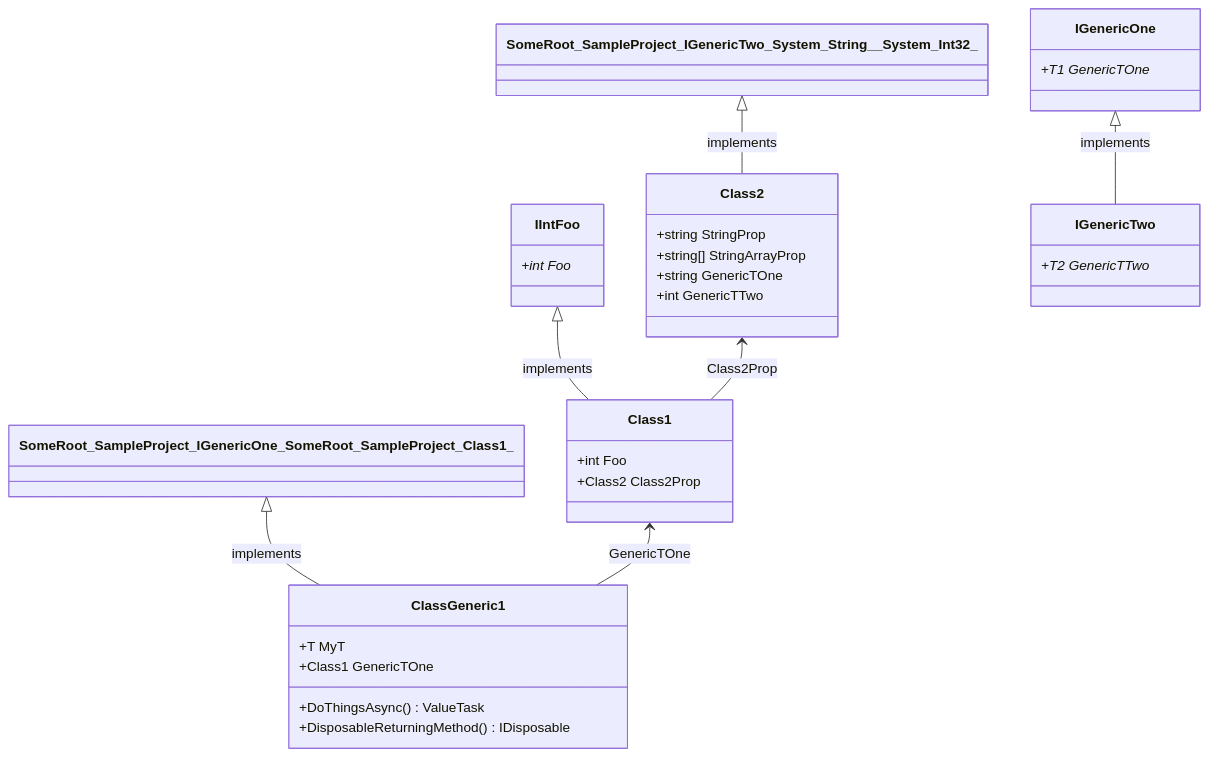
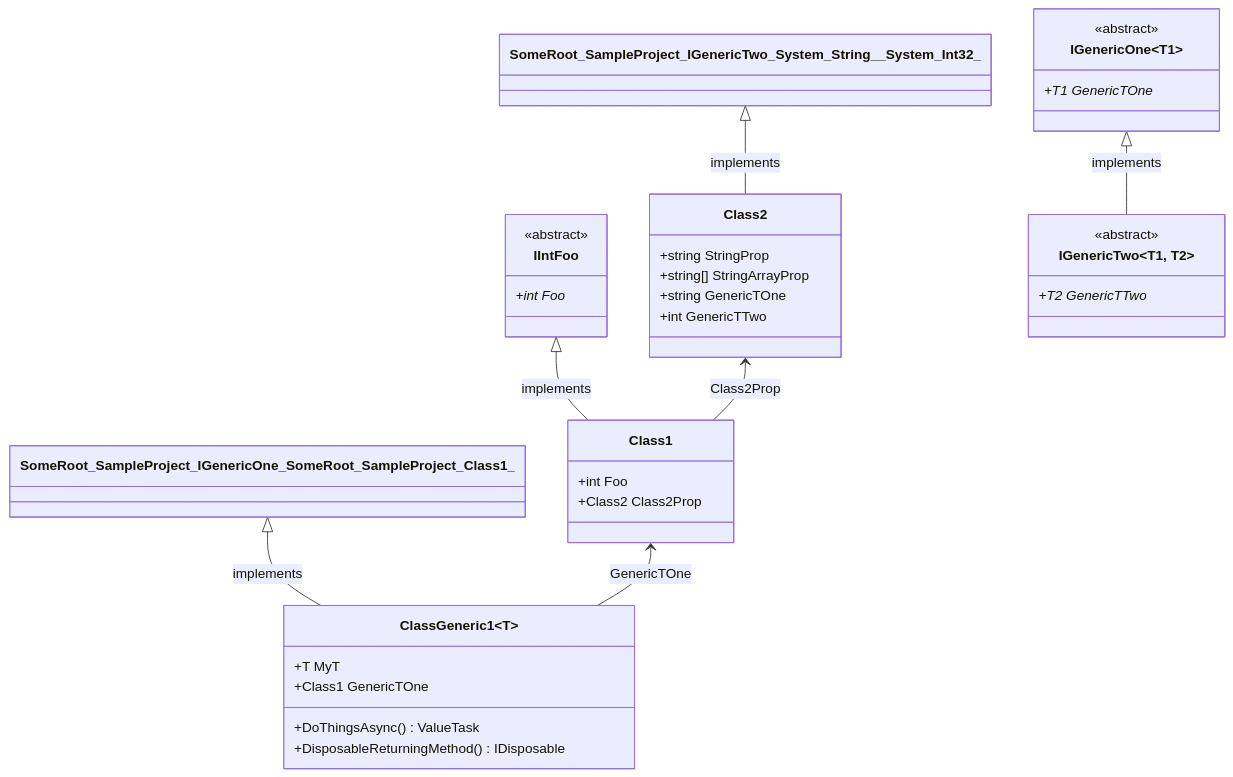
Before and after one commit to erichiller/gh-action-cs-metrics: the seventh of 7 diagrams in test/SampleProject/CODE_METRICS.md, drawn with Mermaid. The commit also changed other lines of this file, not shown here.

````diff
--- a/test/SampleProject/CODE_METRICS.md
+++ b/test/SampleProject/CODE_METRICS.md
@@ -302,44 +317,47 @@
 ```mermaid
 %%{init: {
     'fontFamily': 'monospace'
 } }%%
 classDiagram
 SomeRoot_SampleProject_IIntFoo <|-- SomeRoot_SampleProject_Class1 : implements
 SomeRoot_SampleProject_Class2 <-- SomeRoot_SampleProject_Class1 : Class2Prop
 class SomeRoot_SampleProject_Class1 ["Class1"] {
     +int Foo
     +Class2 Class2Prop
 }
 
 SomeRoot_SampleProject_IGenericTwo_System_String__System_Int32_ <|-- SomeRoot_SampleProject_Class2 : implements
 class SomeRoot_SampleProject_Class2 ["Class2"] {
     +string StringProp
     +string[] StringArrayProp
     +string GenericTOne
     +int GenericTTwo
 }
 
 SomeRoot_SampleProject_IGenericOne_SomeRoot_SampleProject_Class1_ <|-- SomeRoot_SampleProject_ClassGeneric1_T_ : implements
 SomeRoot_SampleProject_Class1 <-- SomeRoot_SampleProject_ClassGeneric1_T_ : GenericTOne
-class SomeRoot_SampleProject_ClassGeneric1_T_ ["ClassGeneric1"] {
+class SomeRoot_SampleProject_ClassGeneric1_T_ ["ClassGeneric1&lt;T&gt;"] {
     +T MyT
     +Class1 GenericTOne
     +DoThingsAsync() ValueTask
     +DisposableReturningMethod() IDisposable
 }
 
-class SomeRoot_SampleProject_IGenericOne_T1_ ["IGenericOne"] {
+class SomeRoot_SampleProject_IGenericOne_T1_ ["IGenericOne&lt;T1&gt;"] {
+    <<abstract>>
     +T1 GenericTOne*
 }
 
 SomeRoot_SampleProject_IGenericOne_T1_ <|-- SomeRoot_SampleProject_IGenericTwo_T1__T2_ : implements
-class SomeRoot_SampleProject_IGenericTwo_T1__T2_ ["IGenericTwo"] {
+class SomeRoot_SampleProject_IGenericTwo_T1__T2_ ["IGenericTwo&lt;T1, T2&gt;"] {
+    <<abstract>>
     +T2 GenericTTwo*
 }
 
 class SomeRoot_SampleProject_IIntFoo ["IIntFoo"] {
+    <<abstract>>
     +int Foo*
 }
 
 
 ```
````
